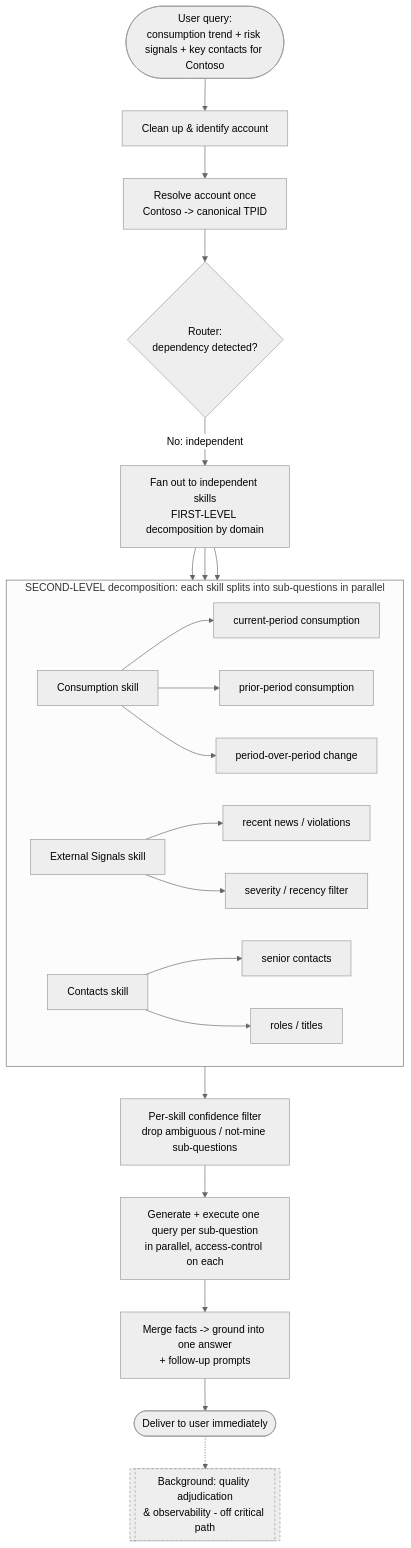
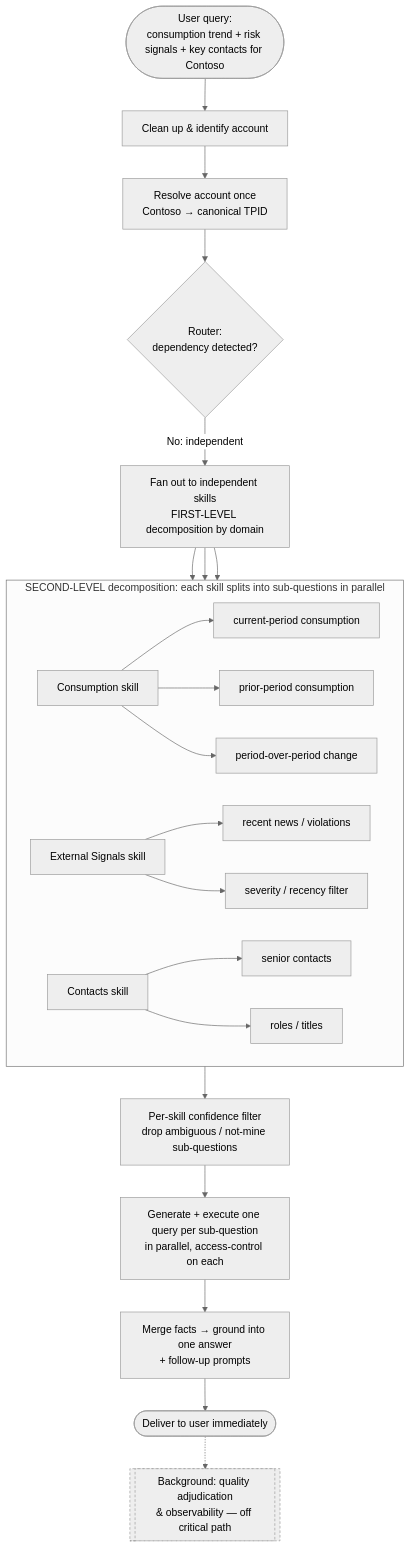
Before and after one commit to sreejadeb1997/StudyGuideAIEngineering: the second of 2 diagrams in Projects/AccountResearcher-NovelWorkflow.md, drawn with Mermaid (neutral theme). The commit also changed other lines of this file and 8 other files, not shown here.

````diff
--- a/Projects/AccountResearcher-NovelWorkflow.md
+++ b/Projects/AccountResearcher-NovelWorkflow.md
@@ -113,31 +113,31 @@
 ```mermaid
 flowchart TD
-    U([User query:\nconsumption trend + risk signals + key contacts for Contoso]) --> CU[Clean up & identify account]
-    CU --> RES[Resolve account once\nContoso -> canonical TPID]
-    RES --> RT{Router:\ndependency detected?}
-    RT -->|No: independent| FAN[Fan out to independent skills\nFIRST-LEVEL decomposition by domain]
+    U(["User query:<br/>consumption trend + risk signals + key contacts for Contoso"]) --> CU["Clean up & identify account"]
+    CU --> RES["Resolve account once<br/>Contoso &rarr; canonical TPID"]
+    RES --> RT{"Router:<br/>dependency detected?"}
+    RT -->|"No: independent"| FAN["Fan out to independent skills<br/>FIRST-LEVEL decomposition by domain"]
 
-    FAN --> C[Consumption skill]
-    FAN --> E[External Signals skill]
-    FAN --> K[Contacts skill]
+    FAN --> C["Consumption skill"]
+    FAN --> E["External Signals skill"]
+    FAN --> K["Contacts skill"]
 
     subgraph SECOND["SECOND-LEVEL decomposition: each skill splits into sub-questions in parallel"]
       direction LR
-      C --> C1[current-period consumption]
-      C --> C2[prior-period consumption]
-      C --> C3[period-over-period change]
-      E --> E1[recent news / violations]
-      E --> E2[severity / recency filter]
-      K --> K1[senior contacts]
-      K --> K2[roles / titles]
+      C --> C1["current-period consumption"]
+      C --> C2["prior-period consumption"]
+      C --> C3["period-over-period change"]
+      E --> E1["recent news / violations"]
+      E --> E2["severity / recency filter"]
+      K --> K1["senior contacts"]
+      K --> K2["roles / titles"]
     end
 
-    SECOND --> FLT[Per-skill confidence filter\ndrop ambiguous / not-mine sub-questions]
-    FLT --> GEN[Generate + execute one query per sub-question\nin parallel, access-control on each]
-    GEN --> MRG[Merge facts -> ground into one answer\n+ follow-up prompts]
-    MRG --> DEL([Deliver to user immediately])
-    DEL -.-> ADJ[[Background: quality adjudication\n& observability - off critical path]]
+    SECOND --> FLT["Per-skill confidence filter<br/>drop ambiguous / not-mine sub-questions"]
+    FLT --> GEN["Generate + execute one query per sub-question<br/>in parallel, access-control on each"]
+    GEN --> MRG["Merge facts &rarr; ground into one answer<br/>+ follow-up prompts"]
+    MRG --> DEL(["Deliver to user immediately"])
+    DEL -.-> ADJ[["Background: quality adjudication<br/>& observability &mdash; off critical path"]]
 
     classDef async fill:#eee,stroke:#999,stroke-dasharray:4 3;
     class ADJ async;
 ```
````
